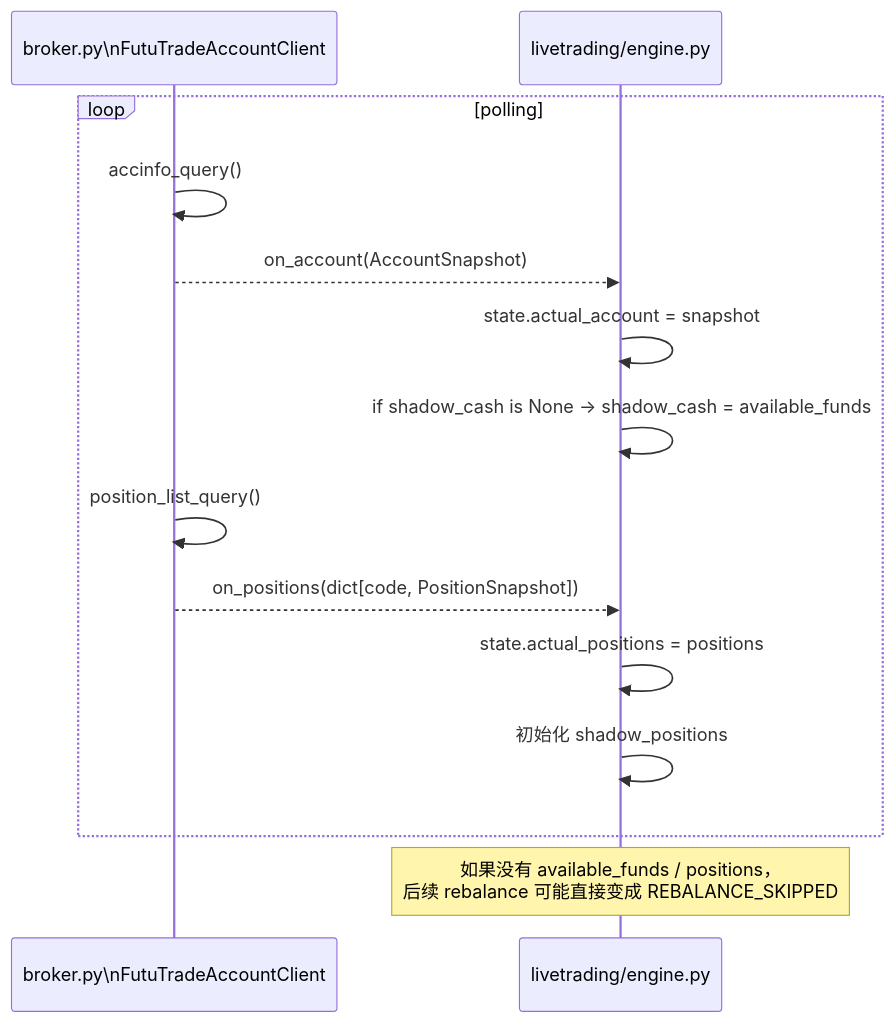
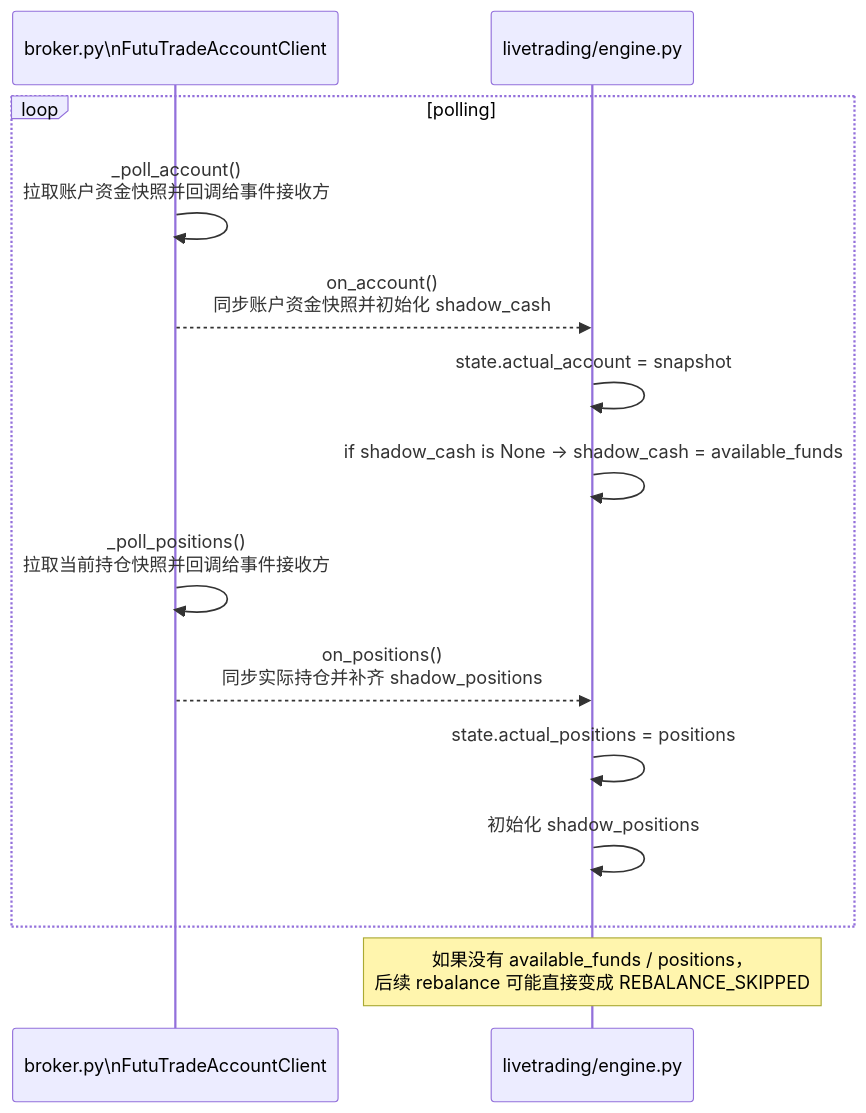
One commit to hangchow/backtest changed the third of 6 diagrams in docs/README_livetrading_mock_sequence.md. Above: the diagram before and after it, drawn with Mermaid. The commit also changed other lines of this file and 11 other files, not shown here.

Commit message:
Clarify livetrading sequence flow docs

````diff
--- a/docs/README_livetrading_mock_sequence.md
+++ b/docs/README_livetrading_mock_sequence.md
@@ -92,19 +97,19 @@
 ```mermaid
 sequenceDiagram
     participant TB as broker.py\nFutuTradeAccountClient
     participant ENG as livetrading/engine.py
 
     loop polling
-        TB->>TB: accinfo_query()
-        TB-->>ENG: on_account(AccountSnapshot)
+        TB->>TB: _poll_account()<br/>拉取账户资金快照并回调给事件接收方
+        TB-->>ENG: on_account()<br/>同步账户资金快照并初始化 shadow_cash
         ENG->>ENG: state.actual_account = snapshot
         ENG->>ENG: if shadow_cash is None -> shadow_cash = available_funds
 
-        TB->>TB: position_list_query()
-        TB-->>ENG: on_positions(dict[code, PositionSnapshot])
+        TB->>TB: _poll_positions()<br/>拉取当前持仓快照并回调给事件接收方
+        TB-->>ENG: on_positions()<br/>同步实际持仓并补齐 shadow_positions
         ENG->>ENG: state.actual_positions = positions
         ENG->>ENG: 初始化 shadow_positions
     end
 
     Note over ENG: 如果没有 available_funds / positions，<br/>后续 rebalance 可能直接变成 REBALANCE_SKIPPED
 ```
````
